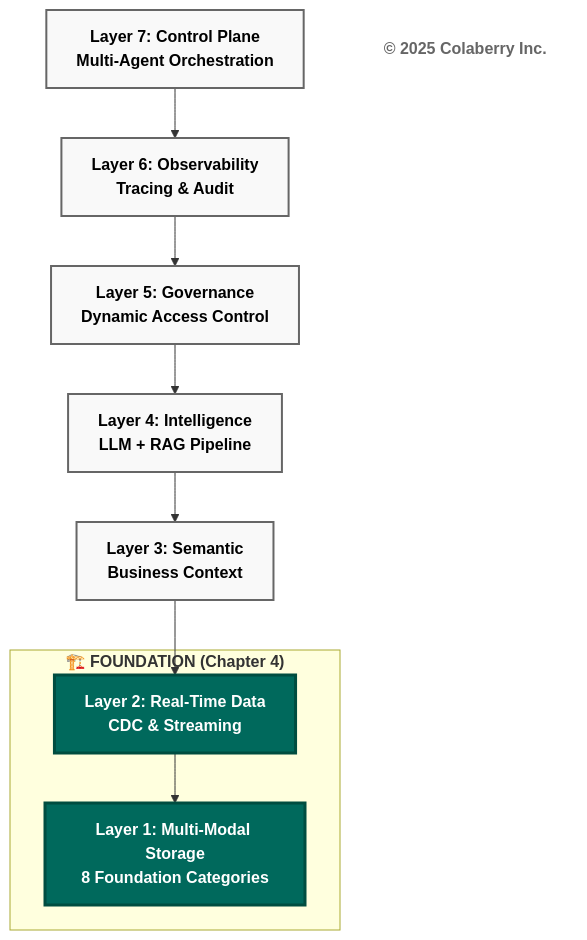
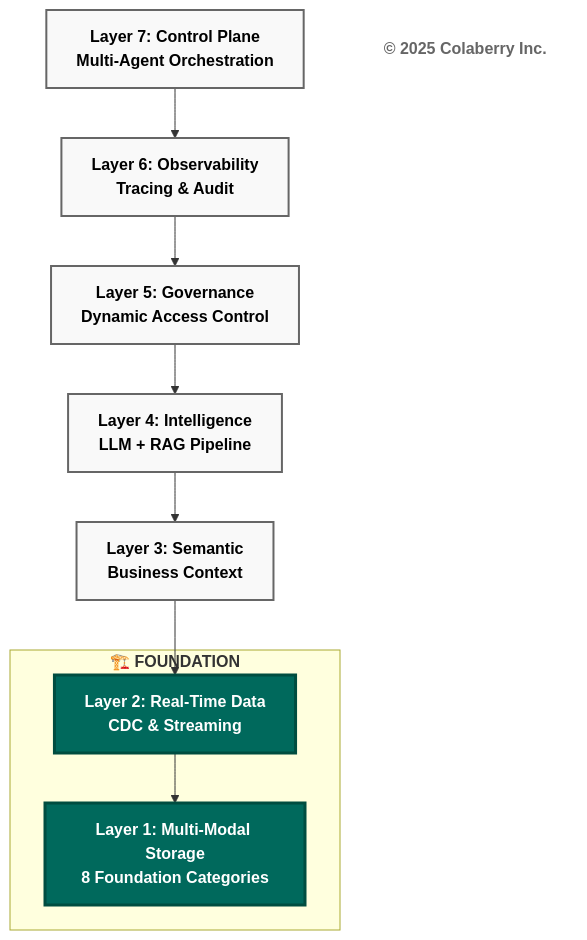
One commit to saitejesh-cyber/trust-before-intelligence-book changed the second of 8 diagrams in manuscript/chapter_4_foundation_layers_v4_0.md. Above: the diagram before and after it, drawn with Mermaid. The commit also changed other lines of this file, not shown here.

First line of the commit message:
diagrams updated

````diff
--- a/manuscript/chapter_4_foundation_layers_v4_0.md
+++ b/manuscript/chapter_4_foundation_layers_v4_0.md
@@ -60,27 +60,27 @@
 ```mermaid
 graph TB
     L7["<b>Layer 7: Control Plane</b><br/><b>Multi-Agent Orchestration</b>"]
     L6["<b>Layer 6: Observability</b><br/><b>Tracing & Audit</b>"]
     L5["<b>Layer 5: Governance</b><br/><b>Dynamic Access Control</b>"]
     L4["<b>Layer 4: Intelligence</b><br/><b>LLM + RAG Pipeline</b>"]
     L3["<b>Layer 3: Semantic</b><br/><b>Business Context</b>"]
     
-    subgraph "<b>🏗️ FOUNDATION (Chapter 4)</b>"
+    subgraph "<b>🏗️ FOUNDATION</b>"
         L2["<b>Layer 2: Real-Time Data</b><br/><b>CDC & Streaming</b>"]
         L1["<b>Layer 1: Multi-Modal Storage</b><br/><b>8 Foundation Categories</b>"]
     end
     
     Copyright["<b>© 2025 Colaberry Inc.</b>"]
     
     L7 --> L6 --> L5 --> L4 --> L3
     L3 --> L2 --> L1
     
     style L7 fill:#f9f9f9,stroke:#666666,stroke-width:2px,color:#000000
     style L6 fill:#f9f9f9,stroke:#666666,stroke-width:2px,color:#000000
     style L5 fill:#f9f9f9,stroke:#666666,stroke-width:2px,color:#000000
     style L4 fill:#f9f9f9,stroke:#666666,stroke-width:2px,color:#000000
     style L3 fill:#f9f9f9,stroke:#666666,stroke-width:2px,color:#000000
     style L2 fill:#00695c,color:#ffffff,stroke:#004d40,stroke-width:3px
     style L1 fill:#00695c,color:#ffffff,stroke:#004d40,stroke-width:3px
     style Copyright fill:#ffffff,stroke:none,color:#666666
 ```
````
